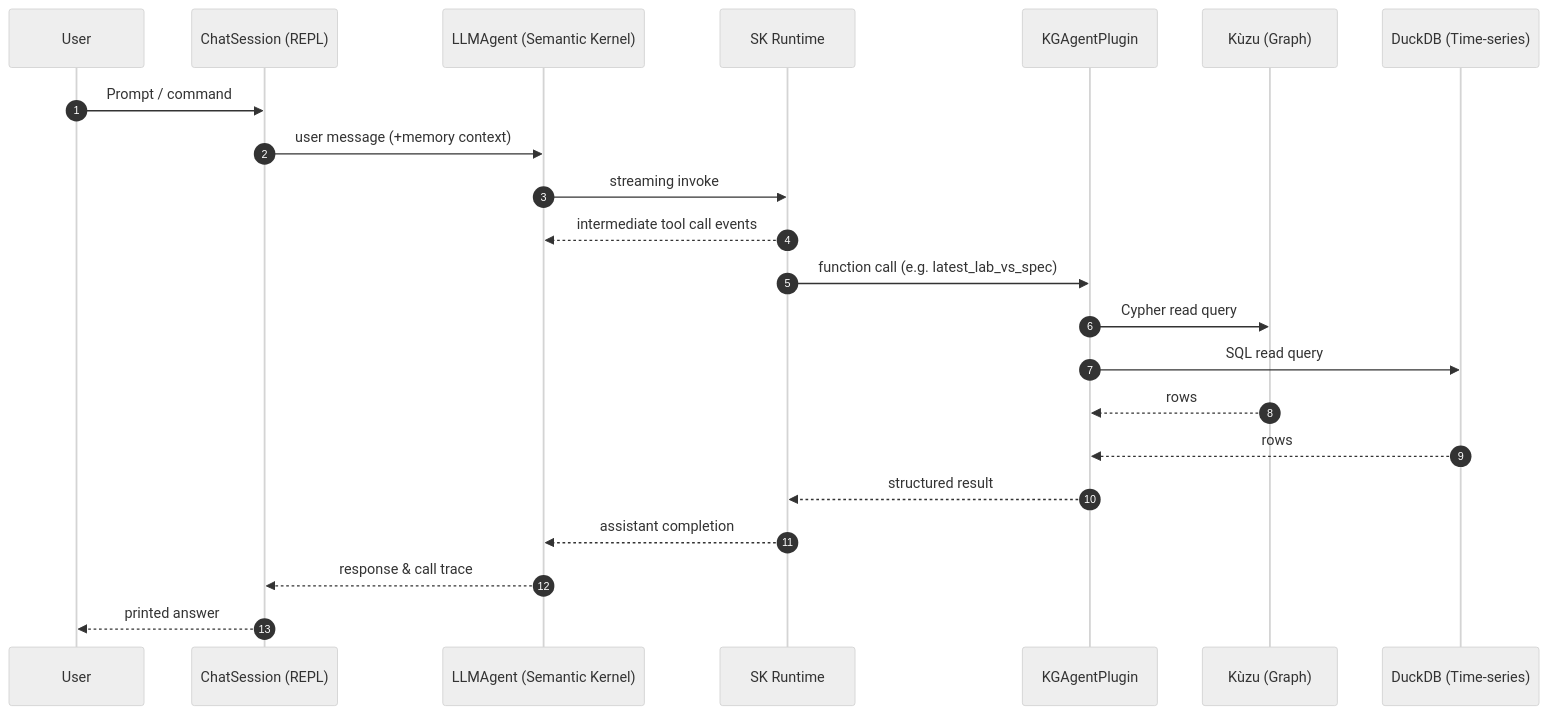
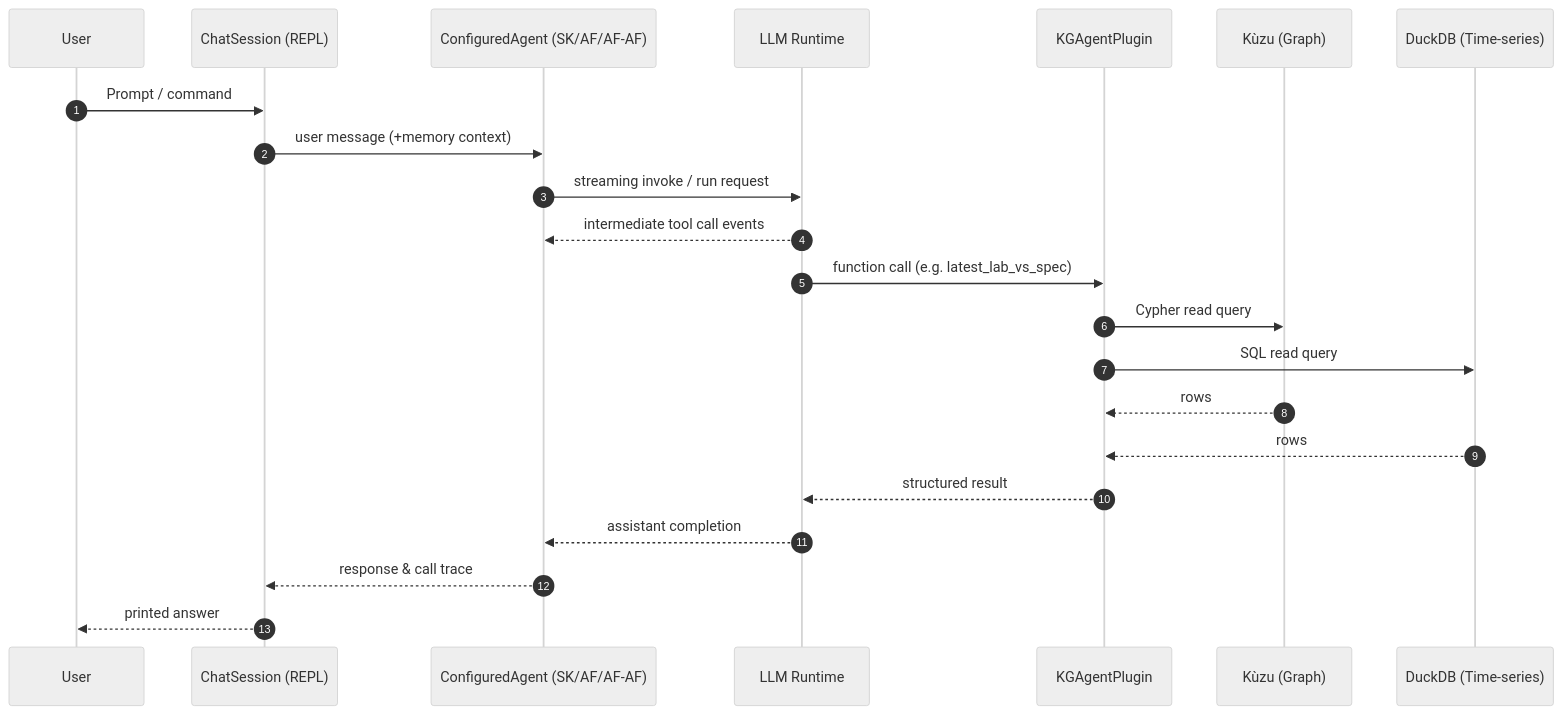
Before and after one commit to vilcek/FCC-KG-Agent: the first of 2 diagrams in README.md, drawn with Mermaid (neutral theme). The commit also changed other lines of this file and 4 other files, not shown here.

````diff
--- a/README.md
+++ b/README.md
@@ -59,25 +79,25 @@
 ```mermaid
 sequenceDiagram
     autonumber
     participant U as User
     participant C as ChatSession (REPL)
-    participant A as LLMAgent (Semantic Kernel)
-    participant SK as SK Runtime
+    participant A as ConfiguredAgent (SK/AF/AF-AF)
+    participant R as LLM Runtime
     participant P as KGAgentPlugin
     participant G as Kùzu (Graph)
     participant T as DuckDB (Time-series)
 
     U->>C: Prompt / command
     C->>A: user message (+memory context)
-    A->>SK: streaming invoke
-    SK-->>A: intermediate tool call events
-    SK->>P: function call (e.g. latest_lab_vs_spec)
+    A->>R: streaming invoke / run request
+    R-->>A: intermediate tool call events
+    R->>P: function call (e.g. latest_lab_vs_spec)
     P->>G: Cypher read query
     P->>T: SQL read query
     G-->>P: rows
     T-->>P: rows
-    P-->>SK: structured result
-    SK-->>A: assistant completion
+    P-->>R: structured result
+    R-->>A: assistant completion
     A-->>C: response & call trace
     C-->>U: printed answer
 ```
````
